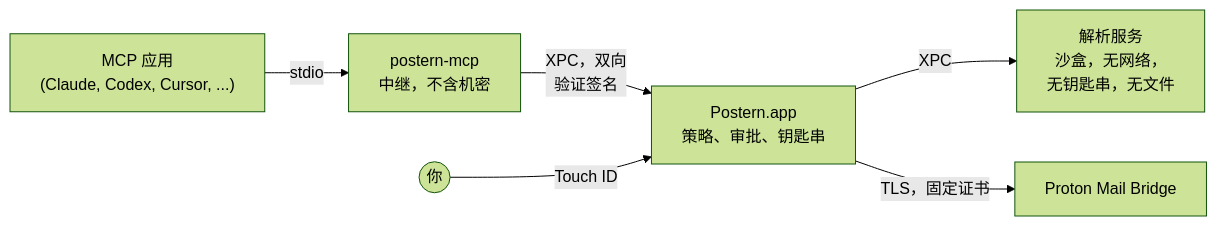
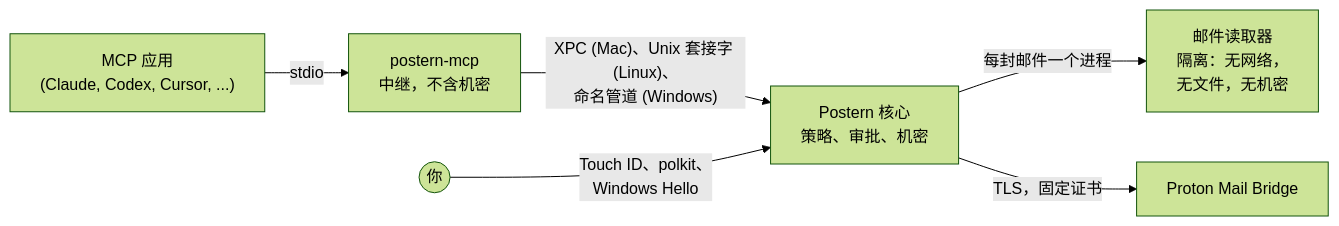
The diagram in README.zh-CN.md (ruben4reall/postern), drawn with Mermaid (forest theme) before and after one commit. The commit also changed other lines of this file and 30 other files, not shown here.

````diff
--- a/README.zh-CN.md
+++ b/README.zh-CN.md
@@ -293,8 +322,8 @@
 ```mermaid
 flowchart LR
     client["MCP 应用<br>(Claude, Codex, Cursor, ...)"] -- "stdio" --> relay["postern-mcp<br>中继，不含机密"]
-    relay -- "XPC，双向<br>验证签名" --> core["Postern.app<br>策略、审批、钥匙串"]
-    core -- "XPC" --> parser["解析服务<br>沙盒，无网络，<br>无钥匙串，无文件"]
+    relay -- "XPC (Mac)、Unix 套接字 (Linux)、<br>命名管道 (Windows)" --> core["Postern 核心<br>策略、审批、机密"]
+    core -- "每封邮件一个进程" --> parser["邮件读取器<br>隔离：无网络，<br>无文件，无机密"]
     core -- "TLS，固定证书" --> bridge["Proton Mail Bridge"]
-    you(("你")) -- "Touch ID" --> core
+    you(("你")) -- "Touch ID、polkit、<br>Windows Hello" --> core
 ```
````
